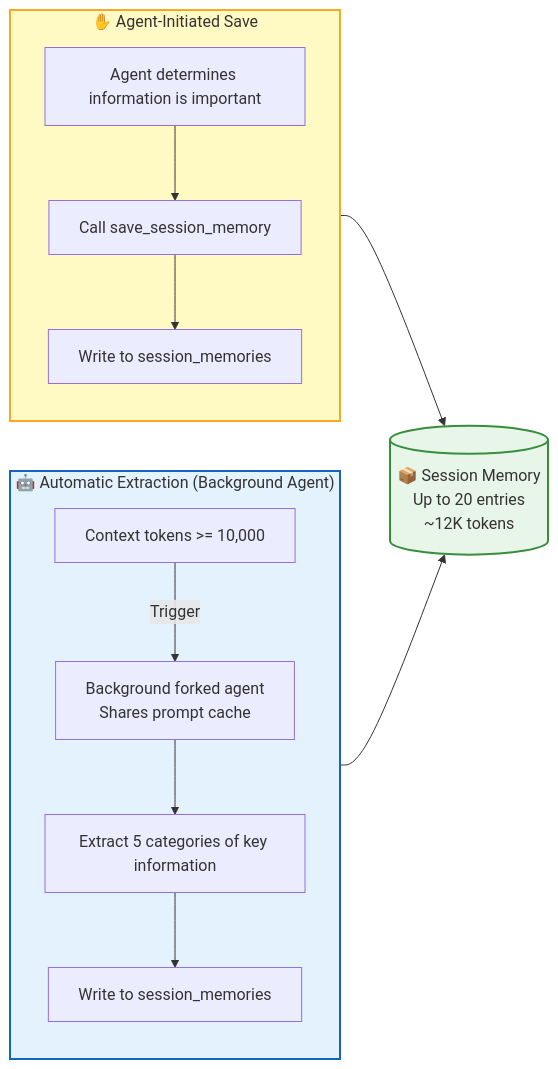
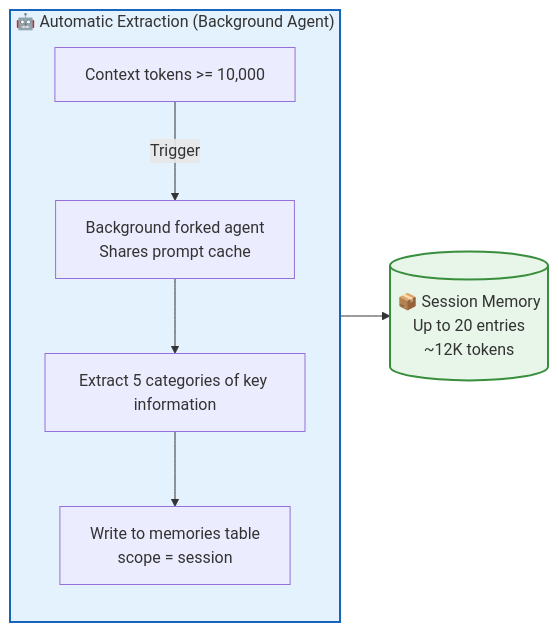
The second of 7 diagrams in src/content/docs/en/features/memory.md (rtc-agent/docs), drawn with Mermaid before and after one commit. The commit also changed other lines of this file and 13 other files, not shown here.

````diff
--- a/src/content/docs/en/features/memory.md
+++ b/src/content/docs/en/features/memory.md
@@ -73,22 +76,14 @@
 ```mermaid
 flowchart LR
     subgraph AUTO["🤖 Automatic Extraction (Background Agent)"]
         direction TB
         A1["Context tokens >= 10,000"] -->|"Trigger"| A2["Background forked agent<br/>Shares prompt cache"]
         A2 --> A3["Extract 5 categories of key information"]
-        A3 --> A4["Write to session_memories"]
-    end
-
-    subgraph MANUAL["✋ Agent-Initiated Save"]
-        direction TB
-        M1["Agent determines information is important"] --> M2["Call save_session_memory"]
-        M2 --> M3["Write to session_memories"]
+        A3 --> A4["Write to memories table<br/>scope = session"]
     end
 
     A4 --> DB[("📦 Session Memory<br/>Up to 20 entries<br/>~12K tokens")]
-    M3 --> DB
 
     style AUTO fill:#e3f2fd,stroke:#1565c0,stroke-width:2px
-    style MANUAL fill:#fff9c4,stroke:#f9a825,stroke-width:2px
     style DB fill:#e8f5e9,stroke:#388e3c,stroke-width:2px
 ```
````
